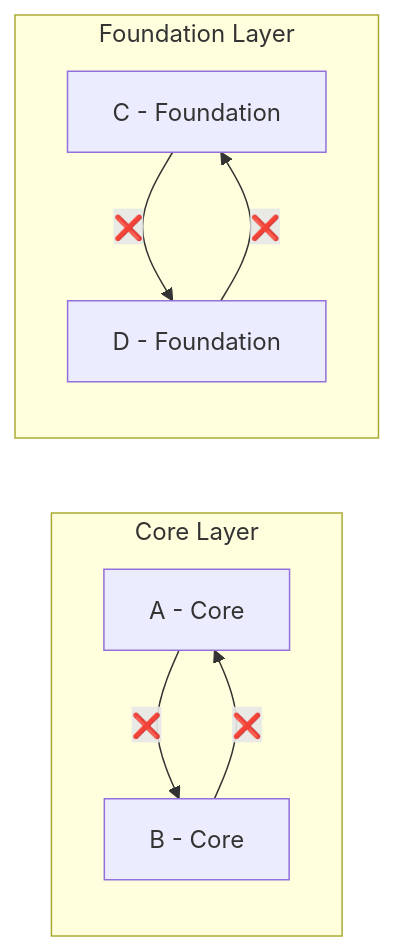
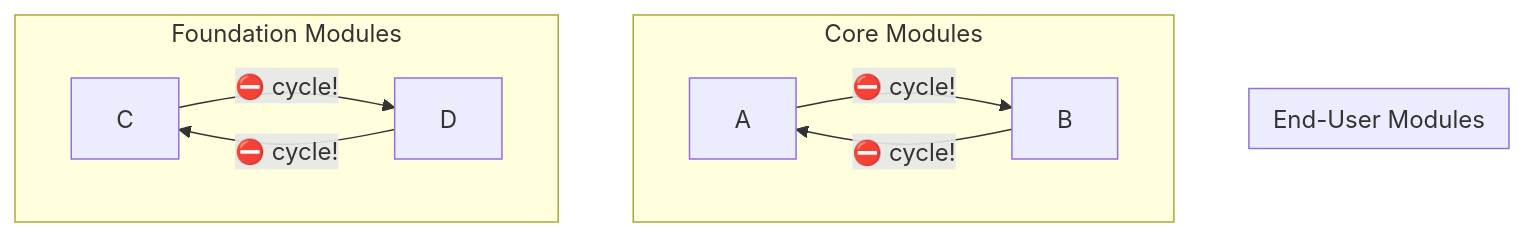
One commit to kckworld/outsystems_study changed the fourth of 4 diagrams in Architecture Specialist (O11)/03_Chapter4_Validating_Architecture.md. Above: the diagram before and after it, drawn with Mermaid. The commit also changed other lines of this file and 5 other files, not shown here.

````diff
--- a/Architecture Specialist (O11)/03_Chapter4_Validating_Architecture.md
+++ b/Architecture Specialist (O11)/03_Chapter4_Validating_Architecture.md
@@ -126,11 +134,13 @@
 ```mermaid
-graph LR
-  subgraph Core Layer
-    A[A - Core] -->|❌| Bmod[B - Core]
-    Bmod -->|❌| A
+graph TD
+  subgraph EU_L["End-User Modules"]
   end
-  subgraph Foundation Layer
-    C[C - Foundation] -->|❌| D[D - Foundation]
-    D -->|❌| C
+  subgraph Core_L["Core Modules"]
+    A["A"] -->|"⛔ cycle!"| B["B"]
+    B -->|"⛔ cycle!"| A
+  end
+  subgraph Found_L["Foundation Modules"]
+    C["C"] -->|"⛔ cycle!"| D["D"]
+    D -->|"⛔ cycle!"| C
   end
 ```
````
